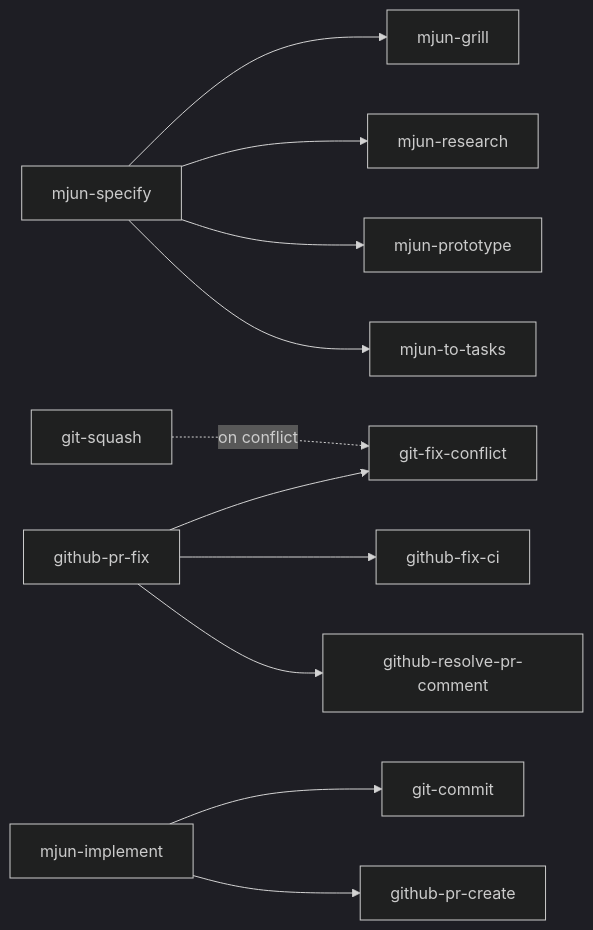
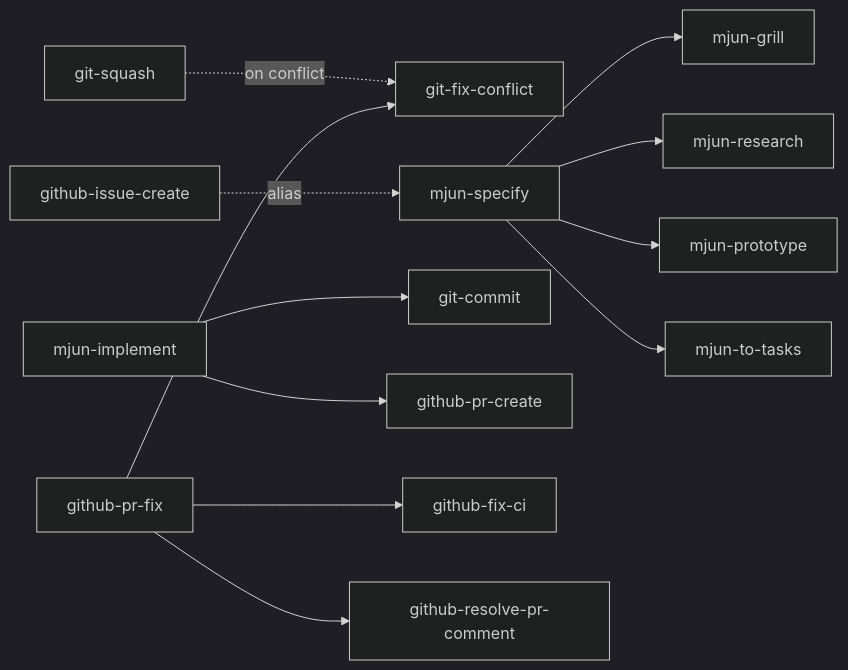
Before and after one commit to mjun0812/dotfiles: the diagram in doc/skills.md, drawn with Mermaid (dark theme). The commit also changed other lines of this file and 2 other files, not shown here.

First line of the commit message:
feat: keep github-issue-create as an explicit-only alias of mjun-specify

````diff
--- a/doc/skills.md
+++ b/doc/skills.md
@@ -101,16 +102,17 @@
 ```mermaid
 graph LR
     git-squash -. on conflict .-> git-fix-conflict
 
     mjun-specify --> mjun-grill
     mjun-specify --> mjun-research
     mjun-specify --> mjun-prototype
     mjun-specify --> mjun-to-tasks
+    github-issue-create -. alias .-> mjun-specify
 
     mjun-implement --> git-commit
     mjun-implement --> github-pr-create
 
     github-pr-fix --> git-fix-conflict
     github-pr-fix --> github-fix-ci
     github-pr-fix --> github-resolve-pr-comment
 ```
````
